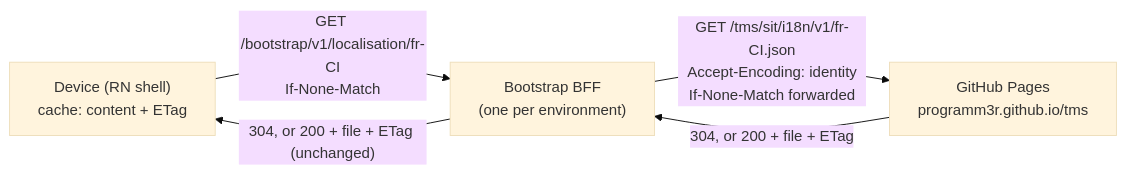
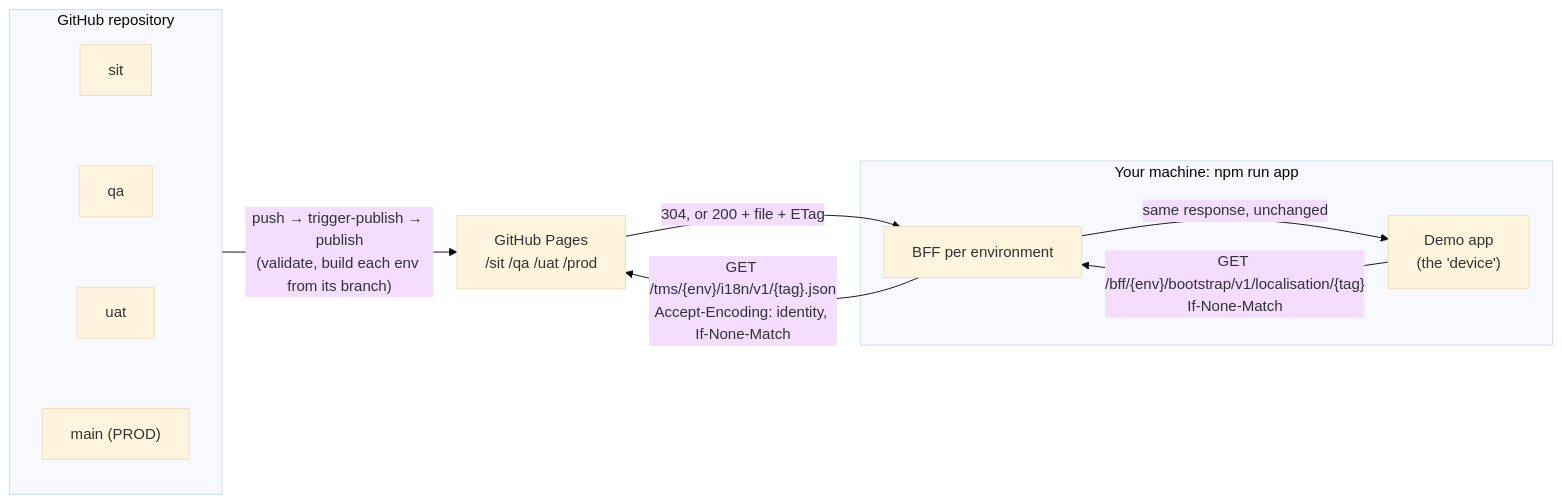
Before and after one commit to Programm3r/tms: the first of 2 diagrams in README.md, drawn with Mermaid (base theme). The commit also changed other lines of this file, not shown here.

Commit message:
Rewrite README: what the demo shows, getting started, walkthrough

````diff
--- a/README.md
+++ b/README.md
@@ -24,7 +50,13 @@
 ```mermaid
 flowchart LR
-    D["Device (RN shell)<br/>cache: content + ETag"] -- "GET /bootstrap/v1/localisation/fr-CI<br/>If-None-Match" --> B["Bootstrap BFF<br/>(one per environment)"]
-    B -- "GET /tms/sit/i18n/v1/fr-CI.json<br/>Accept-Encoding: identity<br/>If-None-Match forwarded" --> G["GitHub Pages<br/>programm3r.github.io/tms"]
-    G -- "304, or 200 + file + ETag" --> B
-    B -- "304, or 200 + file + ETag (unchanged)" --> D
+    subgraph Repo["GitHub repository"]
+        S[sit] ~~~ Q[qa] ~~~ U[uat] ~~~ M["main (PROD)"]
+    end
+    Repo -- "push → trigger-publish → publish<br/>(validate, build each env from its branch)" --> P["GitHub Pages<br/>/sit /qa /uat /prod"]
+    subgraph Local["Your machine: npm run app"]
+        A["Demo app<br/>(the 'device')"] -- "GET /bff/{env}/bootstrap/v1/localisation/{tag}<br/>If-None-Match" --> B["BFF per environment"]
+    end
+    B -- "GET /tms/{env}/i18n/v1/{tag}.json<br/>Accept-Encoding: identity, If-None-Match" --> P
+    P -- "304, or 200 + file + ETag" --> B
+    B -- "same response, unchanged" --> A
 ```
````
